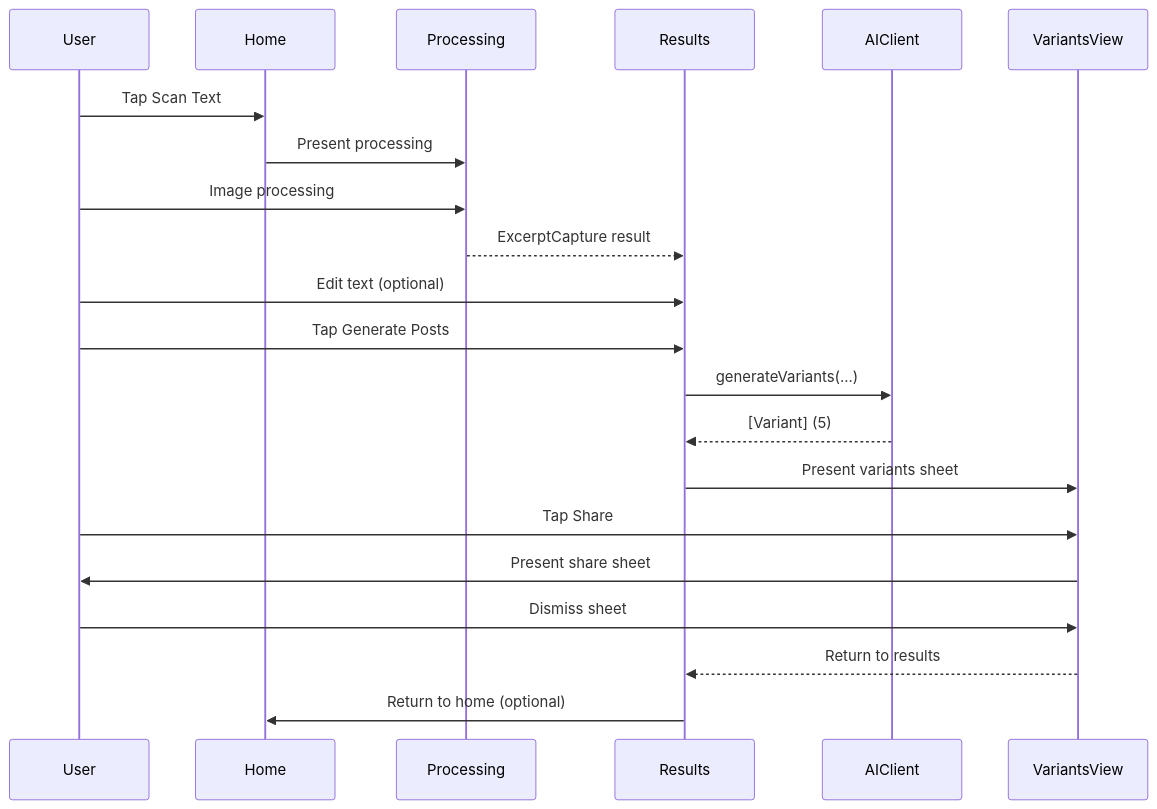
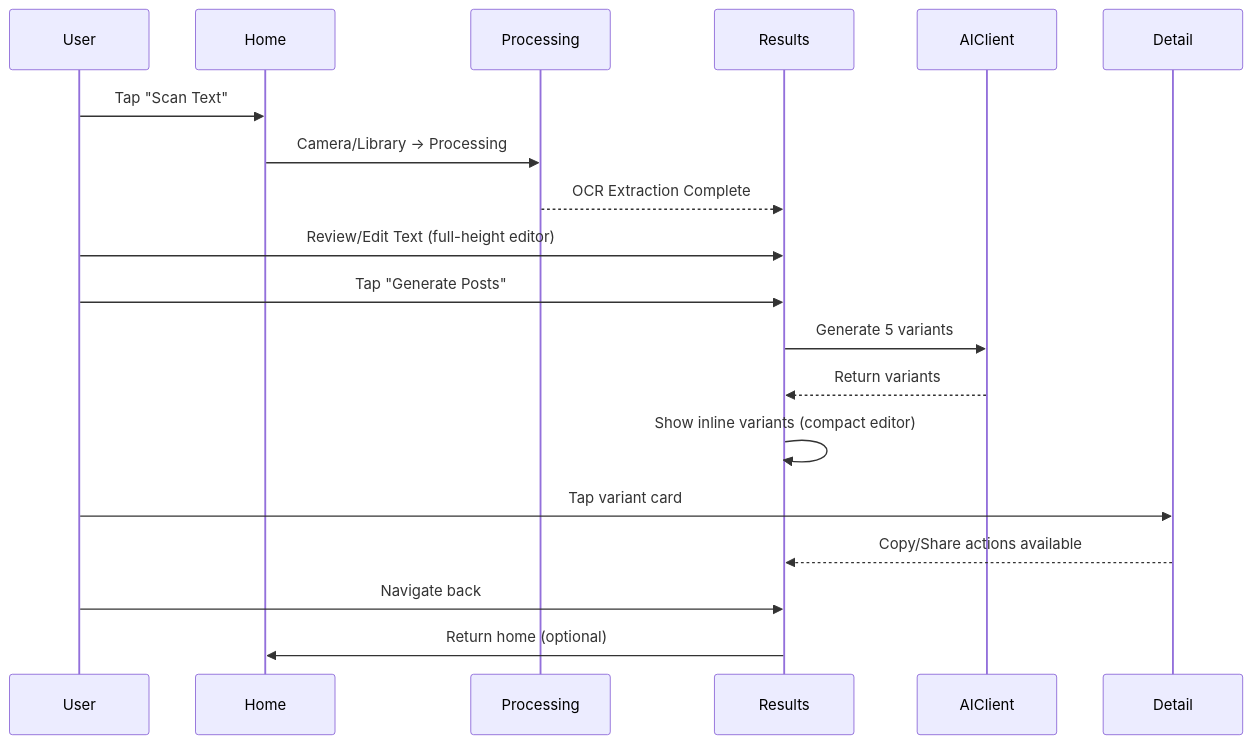
One commit to irozaji/SnapPost changed the second of 2 diagrams in docs/v1-wireframe.md. Above: the diagram before and after it, drawn with Mermaid. The commit also changed other lines of this file and 5 other files, not shown here.

````diff
--- a/docs/v1-wireframe.md
+++ b/docs/v1-wireframe.md
@@ -122,24 +119,22 @@
 ```mermaid
 sequenceDiagram
   participant U as User
   participant H as Home
   participant P as Processing
   participant R as Results
   participant A as AIClient
-  participant V as VariantsView
+  participant D as Detail
 
-  U->>H: Tap Scan Text
-  H->>P: Present processing
-  U->>P: Image processing
-  P-->>R: ExcerptCapture result
-  U->>R: Edit text (optional)
-  U->>R: Tap Generate Posts
-  R->>A: generateVariants(...)
-  A-->>R: [Variant] (5)
-  R->>V: Present variants sheet
-  U->>V: Tap Share
-  V->>U: Present share sheet
-  U->>V: Dismiss sheet
-  V-->>R: Return to results
-  R->>H: Return to home (optional)
+  U->>H: Tap "Scan Text"
+  H->>P: Camera/Library → Processing
+  P-->>R: OCR Extraction Complete
+  U->>R: Review/Edit Text (full-height editor)
+  U->>R: Tap "Generate Posts"
+  R->>A: Generate 5 variants
+  A-->>R: Return variants
+  R->>R: Show inline variants (compact editor)
+  U->>D: Tap variant card
+  D-->>R: Copy/Share actions available
+  U->>R: Navigate back
+  R->>H: Return home (optional)
 ```
````
